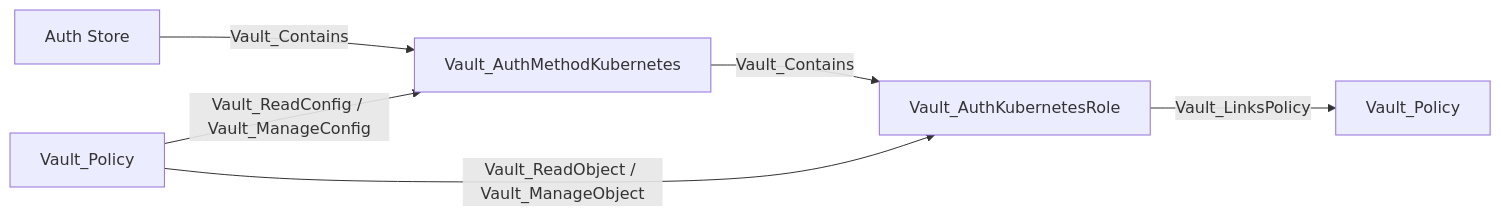
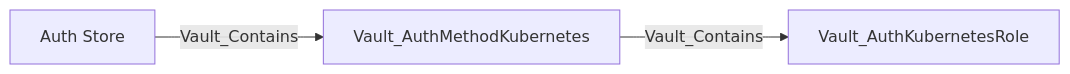
Before and after one commit to bytewreck/opengraph-vault: diagram 19 of 39 in Documentation/stores/AUTH.md, drawn with Mermaid. The commit also changed other lines of this file and 3 other files, not shown here.

````diff
--- a/Documentation/stores/AUTH.md
+++ b/Documentation/stores/AUTH.md
@@ -321,8 +294,5 @@
 ```mermaid
 flowchart LR
     store[Auth Store] -->|Vault_Contains| method[Vault_AuthMethodKubernetes]
     method -->|Vault_Contains| role[Vault_AuthKubernetesRole]
-    admin[Vault_Policy] -->|Vault_ReadConfig / Vault_ManageConfig| method
-    admin -->|Vault_ReadObject / Vault_ManageObject| role
-    role -->|Vault_LinksPolicy| granted[Vault_Policy]
 ```
````
